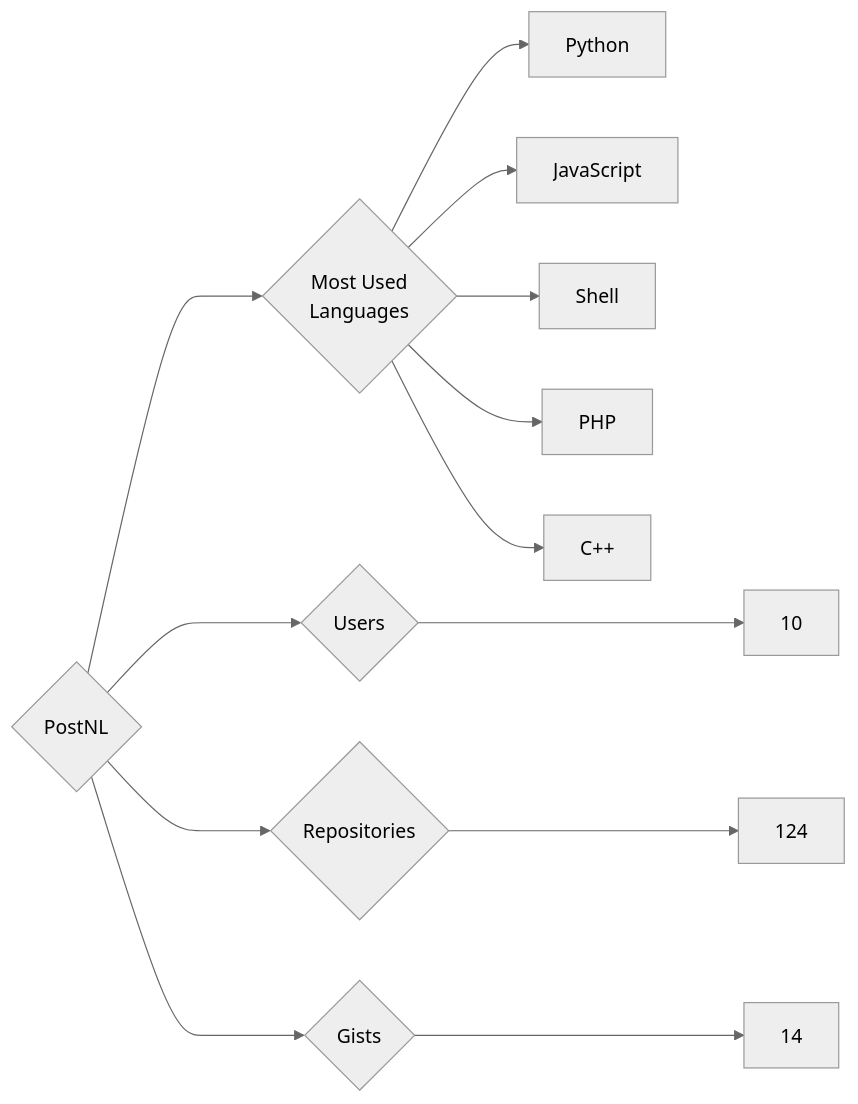
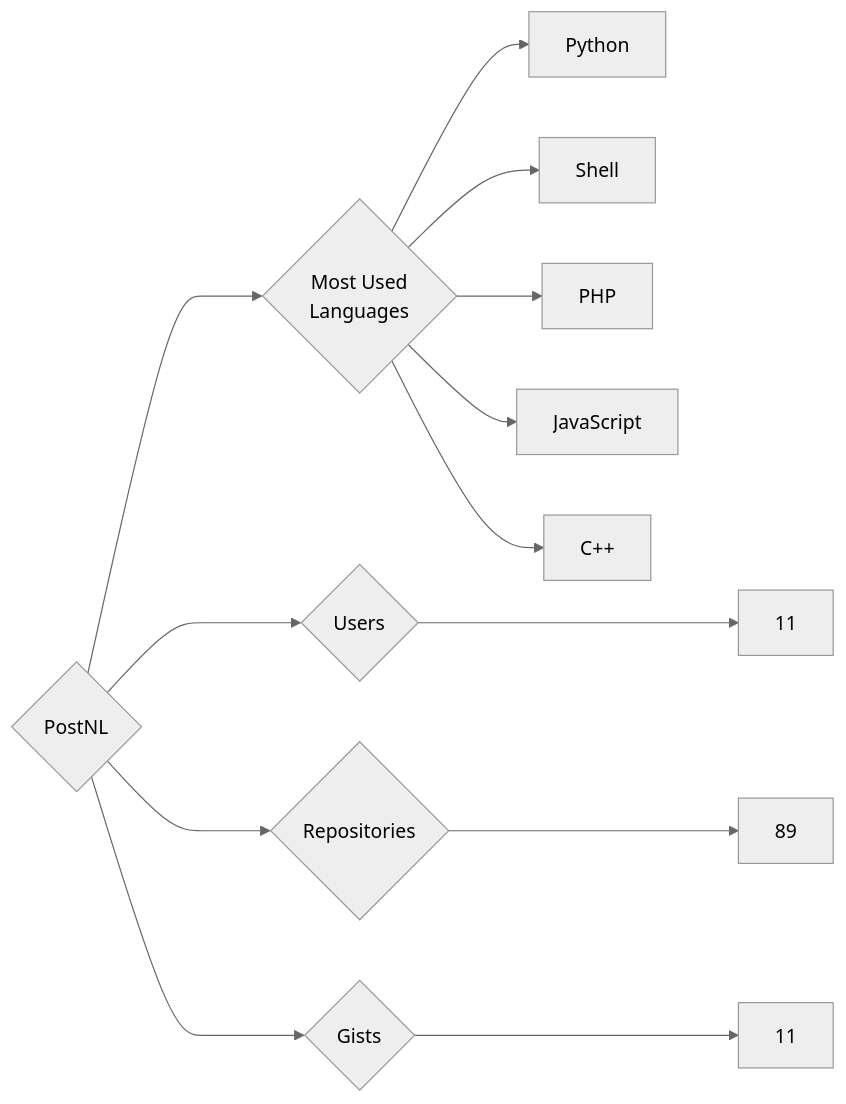
The diagram in targets/PostNL/README.md (trickest/insiders), drawn with Mermaid (neutral theme) before and after one commit. The commit also changed 829 other files, not shown here.

````diff
--- a/targets/PostNL/README.md
+++ b/targets/PostNL/README.md
@@ -3,13 +3,13 @@
 ```mermaid
 graph LR
 COMPANY_NAME{PostNL}
-COMPANY_NAME ---> U{Users} ---> UN[10]
-COMPANY_NAME ---> R{Repositories} ---> RN[124]
-COMPANY_NAME ---> G{Gists} ---> GN[14]
+COMPANY_NAME ---> U{Users} ---> UN[11]
+COMPANY_NAME ---> R{Repositories} ---> RN[89]
+COMPANY_NAME ---> G{Gists} ---> GN[11]
 COMPANY_NAME ---> ML{Most Used<br>Languages}
 ML --> Python[Python]
-ML --> JavaScript[JavaScript]
 ML --> Shell[Shell]
 ML --> PHP[PHP]
+ML --> JavaScript[JavaScript]
 ML --> C++[C++]
 ```
````
